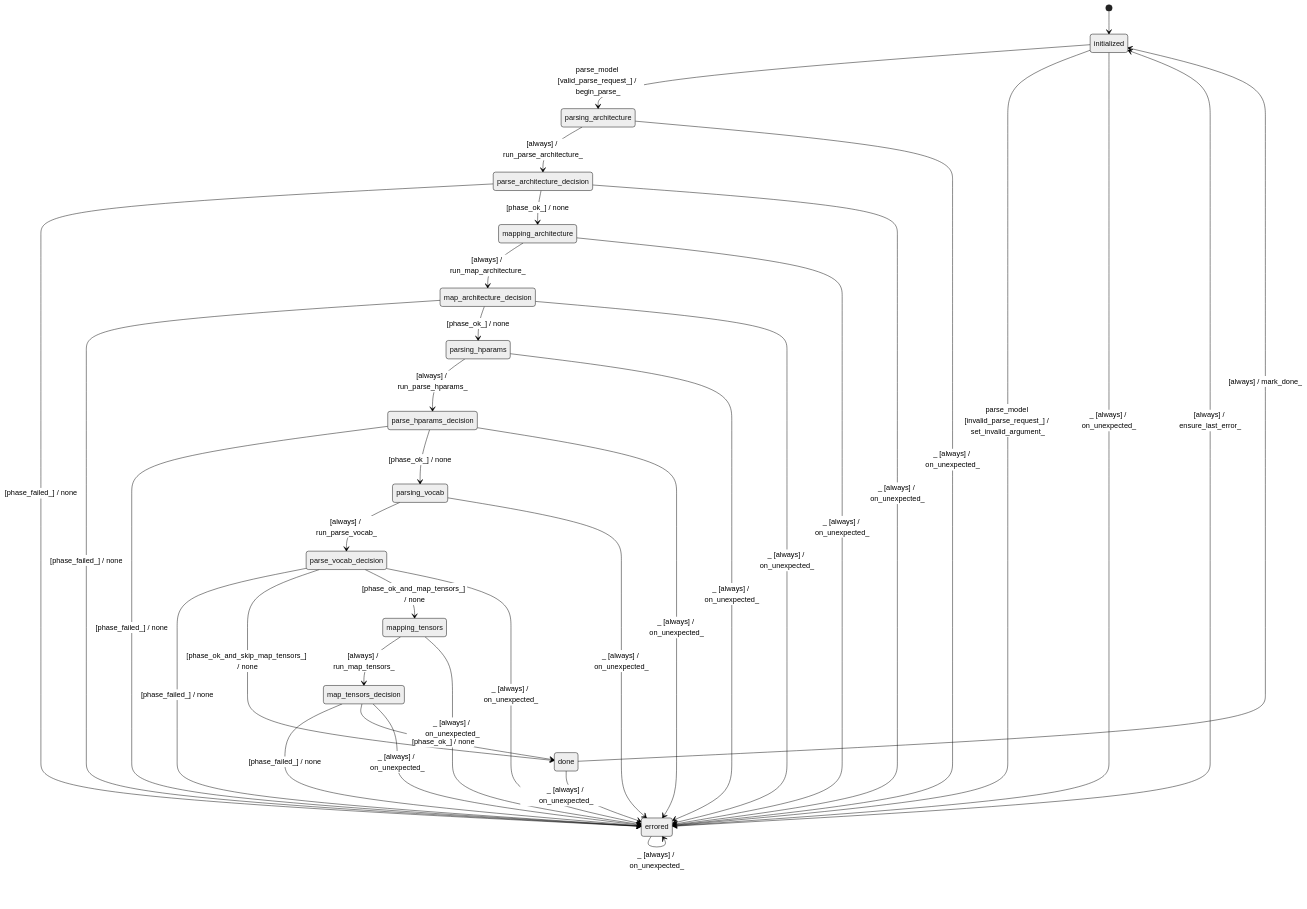
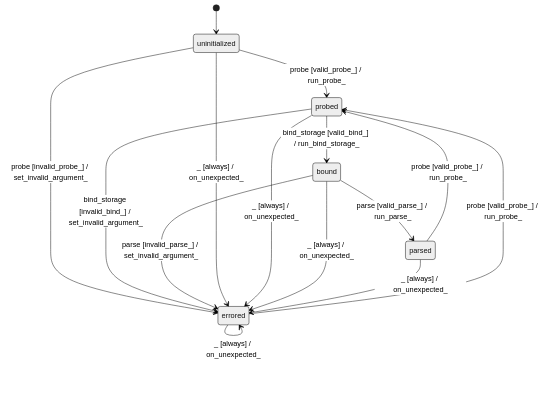
Before and after one commit to stateforward/emel.cpp: the diagram in docs/architecture/mermaid/parser_gguf.mmd, drawn with Mermaid (neutral theme). The commit also changed 814 other files, not shown here.

First line of the commit message:
full-rearchitecture-scaffold (#16)

```diff
--- a/docs/architecture/mermaid/parser_gguf.mmd
+++ b/docs/architecture/mermaid/parser_gguf.mmd
@@ -1,36 +1,16 @@
 stateDiagram-v2
   direction TB
-  [*] --> initialized
-  initialized --> parsing_architecture : parse_model [valid_parse_request_] / begin_parse_
-  initialized --> errored : parse_model [invalid_parse_request_] / set_invalid_argument_
-  parsing_architecture --> parse_architecture_decision : [always] / run_parse_architecture_
-  parse_architecture_decision --> errored : [phase_failed_] / none
-  parse_architecture_decision --> mapping_architecture : [phase_ok_] / none
-  mapping_architecture --> map_architecture_decision : [always] / run_map_architecture_
-  map_architecture_decision --> errored : [phase_failed_] / none
-  map_architecture_decision --> parsing_hparams : [phase_ok_] / none
-  parsing_hparams --> parse_hparams_decision : [always] / run_parse_hparams_
-  parse_hparams_decision --> errored : [phase_failed_] / none
-  parse_hparams_decision --> parsing_vocab : [phase_ok_] / none
-  parsing_vocab --> parse_vocab_decision : [always] / run_parse_vocab_
-  parse_vocab_decision --> errored : [phase_failed_] / none
-  parse_vocab_decision --> done : [phase_ok_and_skip_map_tensors_] / none
-  parse_vocab_decision --> mapping_tensors : [phase_ok_and_map_tensors_] / none
-  mapping_tensors --> map_tensors_decision : [always] / run_map_tensors_
-  map_tensors_decision --> errored : [phase_failed_] / none
-  map_tensors_decision --> done : [phase_ok_] / none
-  done --> initialized : [always] / mark_done_
-  errored --> initialized : [always] / ensure_last_error_
-  initialized --> errored : _ [always] / on_unexpected_
-  parsing_architecture --> errored : _ [always] / on_unexpected_
-  parse_architecture_decision --> errored : _ [always] / on_unexpected_
-  mapping_architecture --> errored : _ [always] / on_unexpected_
-  map_architecture_decision --> errored : _ [always] / on_unexpected_
-  parsing_hparams --> errored : _ [always] / on_unexpected_
-  parse_hparams_decision --> errored : _ [always] / on_unexpected_
-  parsing_vocab --> errored : _ [always] / on_unexpected_
-  parse_vocab_decision --> errored : _ [always] / on_unexpected_
-  mapping_tensors --> errored : _ [always] / on_unexpected_
-  map_tensors_decision --> errored : _ [always] / on_unexpected_
-  done --> errored : _ [always] / on_unexpected_
+  [*] --> uninitialized
+  uninitialized --> probed : probe [valid_probe_] / run_probe_
+  uninitialized --> errored : probe [invalid_probe_] / set_invalid_argument_
+  probed --> bound : bind_storage [valid_bind_] / run_bind_storage_
+  probed --> errored : bind_storage [invalid_bind_] / set_invalid_argument_
+  bound --> parsed : parse [valid_parse_] / run_parse_
+  bound --> errored : parse [invalid_parse_] / set_invalid_argument_
+  parsed --> probed : probe [valid_probe_] / run_probe_
+  errored --> probed : probe [valid_probe_] / run_probe_
+  uninitialized --> errored : _ [always] / on_unexpected_
+  probed --> errored : _ [always] / on_unexpected_
+  bound --> errored : _ [always] / on_unexpected_
+  parsed --> errored : _ [always] / on_unexpected_
   errored --> errored : _ [always] / on_unexpected_
```
